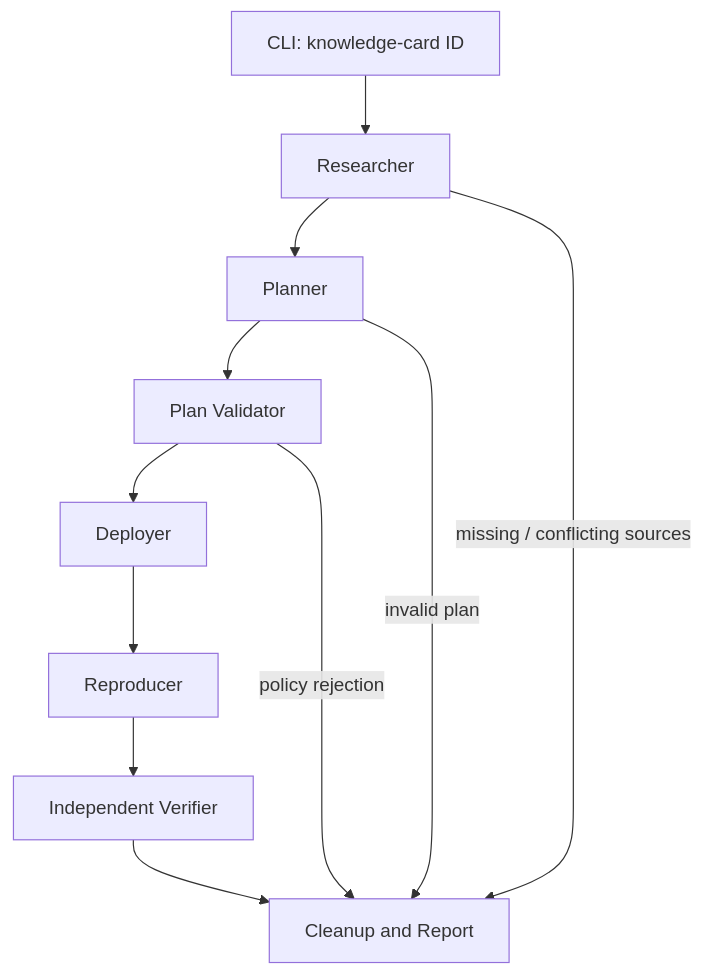
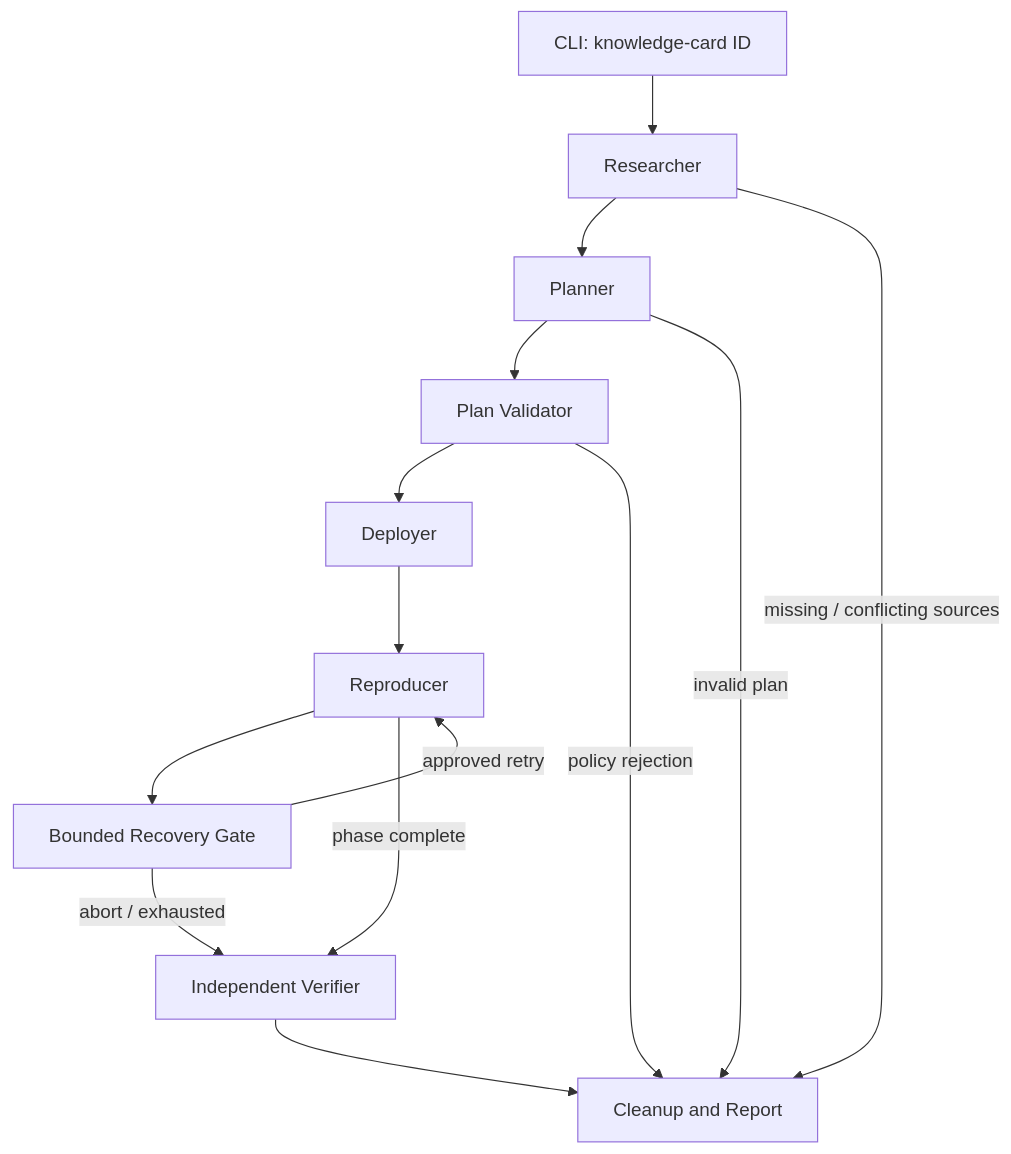
One commit to yyi614047-boop/VulnForge changed the diagram in docs/architecture.md. Above: the diagram before and after it, drawn with Mermaid. The commit also changed other lines of this file and 8 other files, not shown here.

Commit message:
Add bounded agent-guided recovery to staged Pipeline

````diff
--- a/docs/architecture.md
+++ b/docs/architecture.md
@@ -7,13 +7,16 @@
 ```mermaid
 flowchart TD
     A[CLI: knowledge-card ID] --> B[Researcher]
     B --> C[Planner]
     C --> D[Plan Validator]
     D --> E[Deployer]
     E --> F[Reproducer]
-    F --> G[Independent Verifier]
+    F --> R[Bounded Recovery Gate]
+    R -->|approved retry| F
+    R -->|abort / exhausted| G[Independent Verifier]
+    F -->|phase complete| G
     G --> H[Cleanup and Report]
     B -->|missing / conflicting sources| H
     C -->|invalid plan| H
     D -->|policy rejection| H
 ```
````
